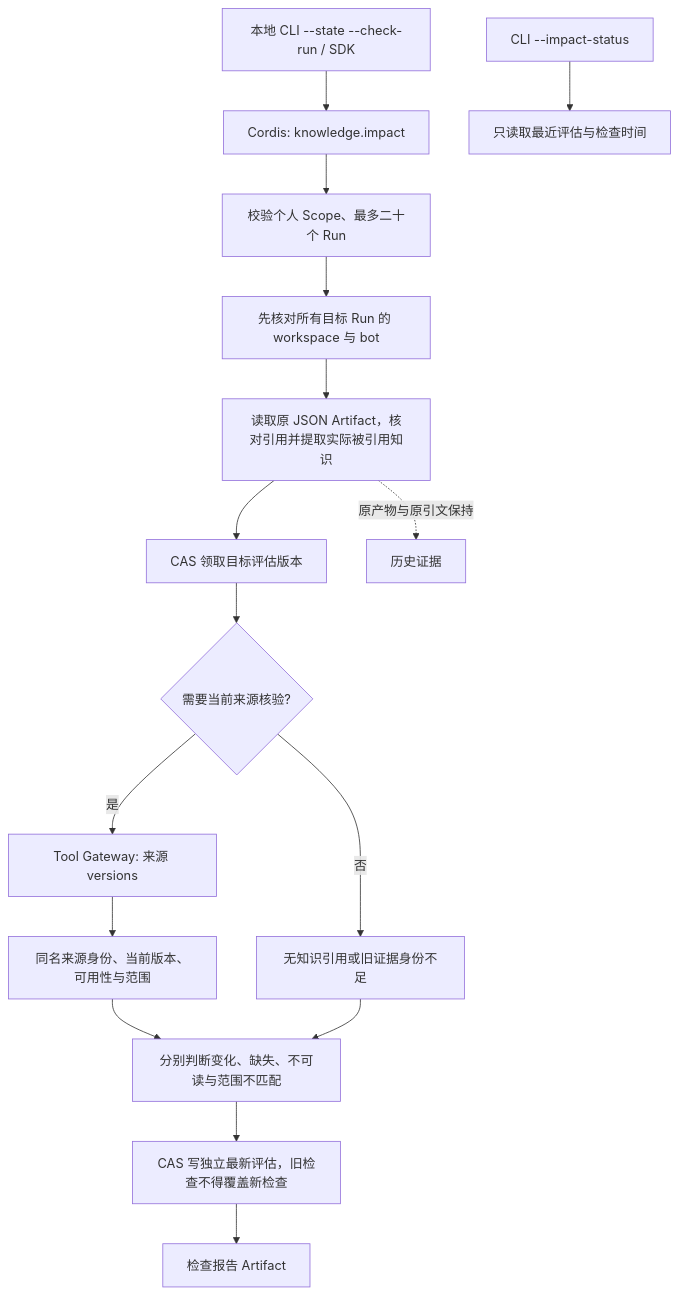
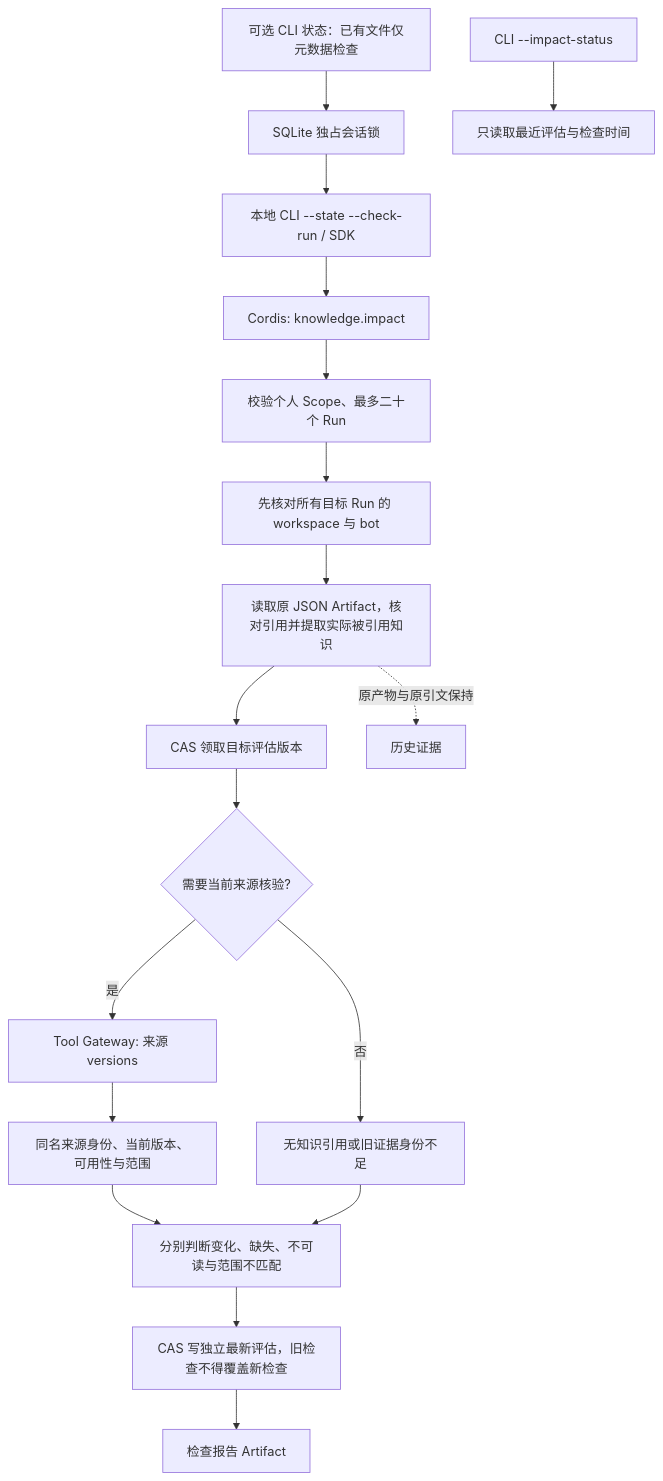
One commit to KlayPeter/AI-Delivery-Ops-Agent changed the diagram in backend/src/knowledge/impact/FEATURE.md. Above: the diagram before and after it, drawn with Mermaid. The commit also changed other lines of this file and 8 other files, not shown here.

````diff
--- a/backend/src/knowledge/impact/FEATURE.md
+++ b/backend/src/knowledge/impact/FEATURE.md
@@ -22,18 +22,20 @@
 ```mermaid
 flowchart TD
+    FS[可选 CLI 状态：已有文件仅元数据检查] --> LK[SQLite 独占会话锁]
+    LK --> U
     U[本地 CLI --state --check-run / SDK] --> P[Cordis: knowledge.impact]
     P --> V[校验个人 Scope、最多二十个 Run]
     V --> R[先核对所有目标 Run 的 workspace 与 bot]
     R --> A[读取原 JSON Artifact，核对引用并提取实际被引用知识]
     A --> B[CAS 领取目标评估版本]
     B --> S{需要当前来源核验?}
     S -- 否 --> N[无知识引用或旧证据身份不足]
     S -- 是 --> T[Tool Gateway: 来源 versions]
     T --> C[同名来源身份、当前版本、可用性与范围]
     C --> O[分别判断变化、缺失、不可读与范围不匹配]
     N --> O
     O --> G[CAS 写独立最新评估，旧检查不得覆盖新检查]
     G --> J[检查报告 Artifact]
     A -. 原产物与原引文保持 .-> H[历史证据]
     L[CLI --impact-status] --> K[只读取最近评估与检查时间]
 ```
````
